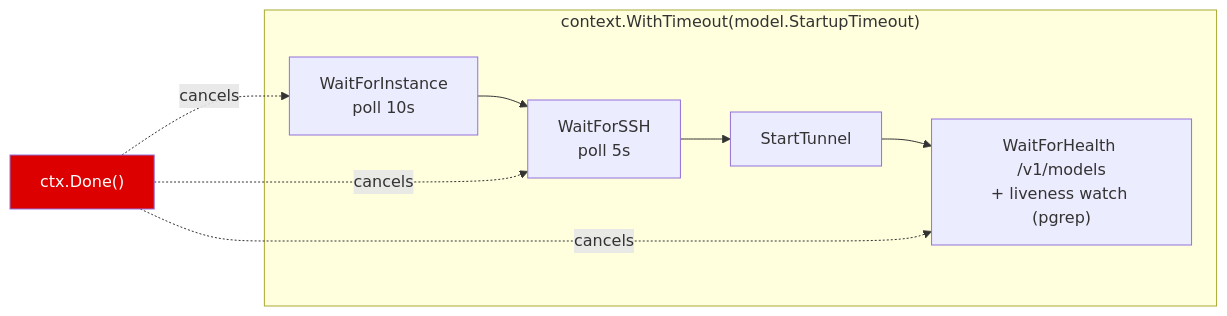
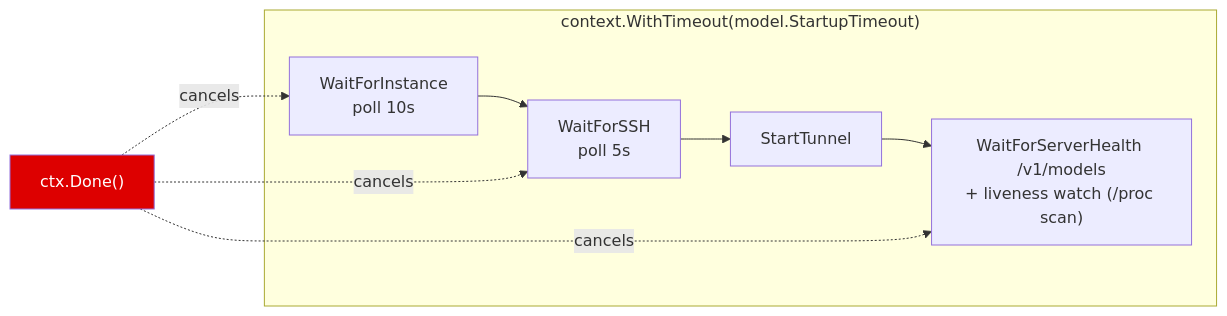
One commit to WWTLF/mycodeagent changed the third of 6 diagrams in docs/Solution.md. Above: the diagram before and after it, drawn with Mermaid. The commit also changed other lines of this file and 22 other files, not shown here.

````diff
--- a/docs/Solution.md
+++ b/docs/Solution.md
@@ -242,12 +259,12 @@
 ```mermaid
 graph LR
     subgraph "context.WithTimeout(model.StartupTimeout)"
         A["WaitForInstance<br/>poll 10s"] --> B["WaitForSSH<br/>poll 5s"]
         B --> C["StartTunnel"]
-        C --> D["WaitForHealth /v1/models<br/>+ liveness watch (pgrep)"]
+        C --> D["WaitForServerHealth /v1/models<br/>+ liveness watch (/proc scan)"]
     end
     T["ctx.Done()"] -.->|cancels| A
     T -.->|cancels| B
     T -.->|cancels| D
     style T fill:#d00,color:#fff
 ```
````
